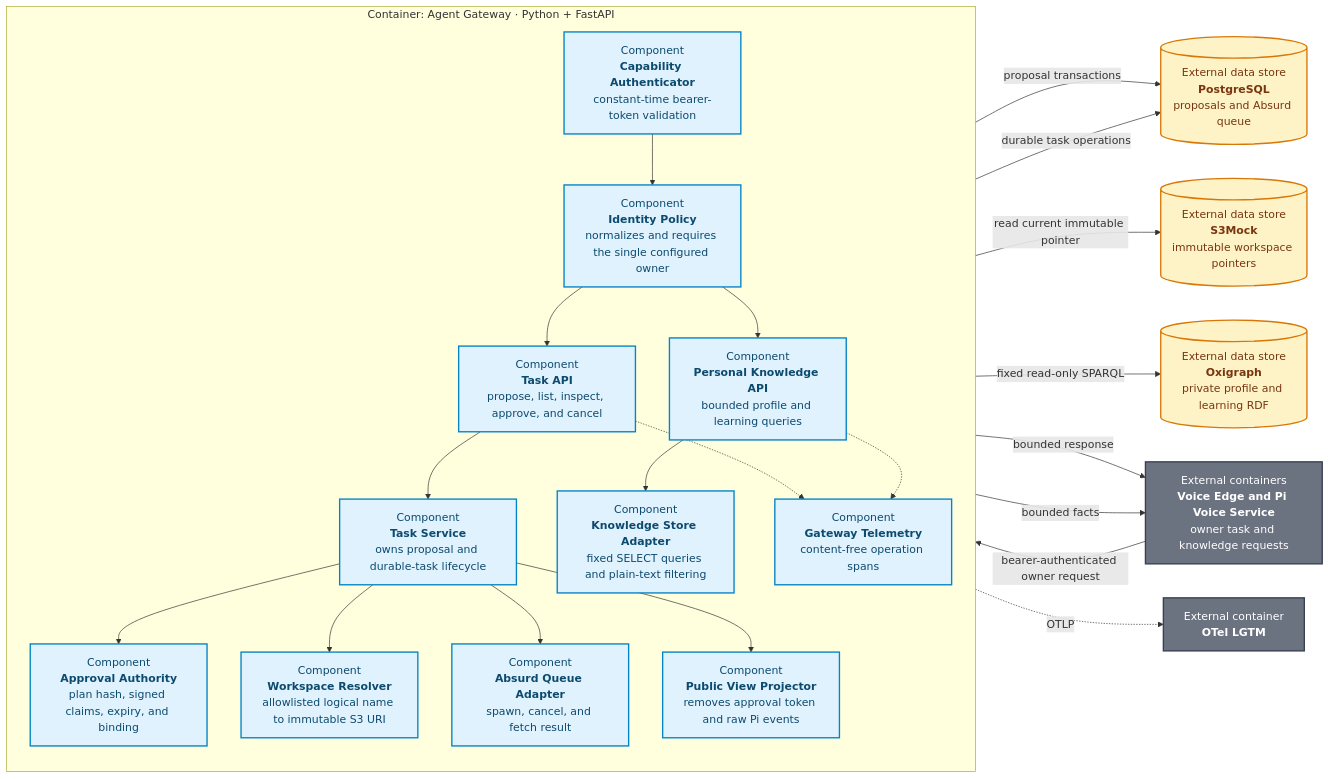
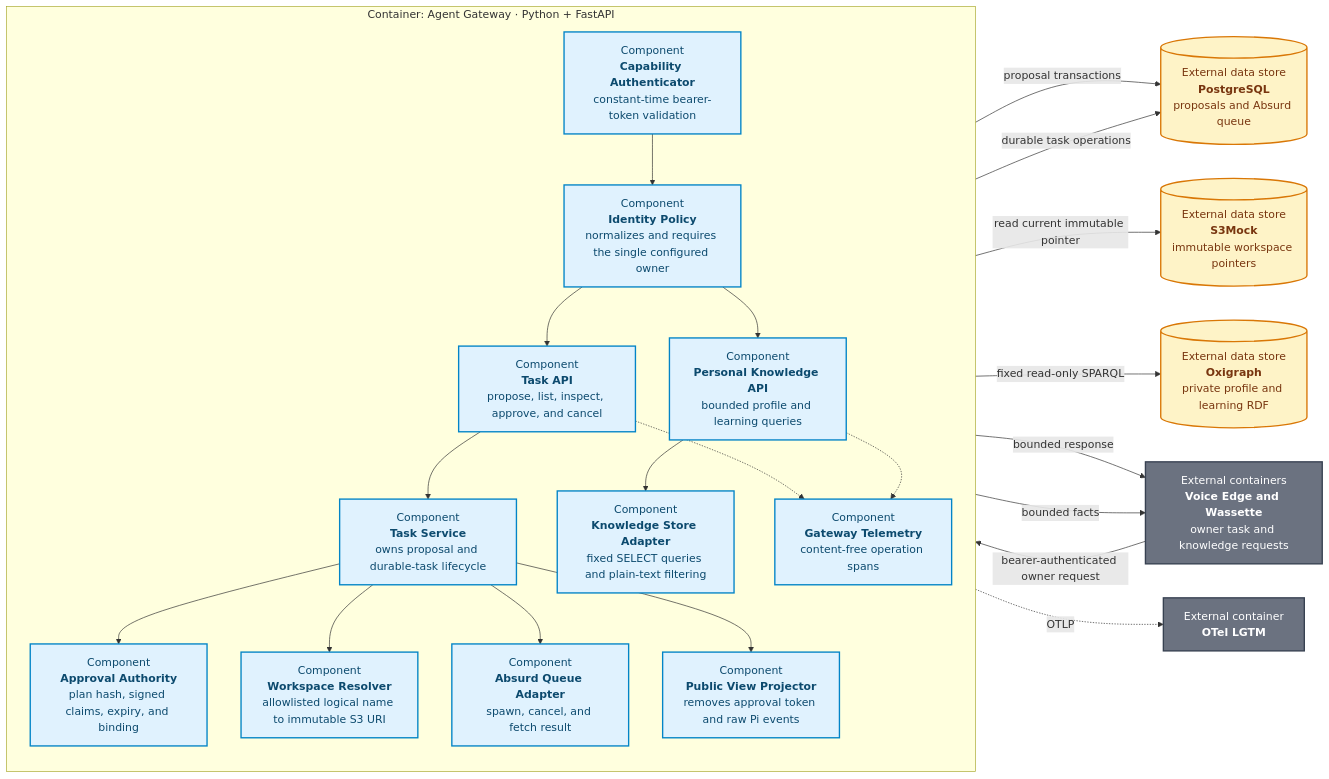
The diagram in products/voice-agent/docs/architecture/c3-agent-gateway.mmd (ragavsathish/agent-workload-platform), drawn with Mermaid before and after one commit. The commit also changed 67 other files, not shown here.

Commit message:
feat(voice): add digital twin knowledge and Grafana MCP apps

```diff
--- a/products/voice-agent/docs/architecture/c3-agent-gateway.mmd
+++ b/products/voice-agent/docs/architecture/c3-agent-gateway.mmd
@@ -1,46 +1,46 @@
 flowchart LR
-    CALLERS[External containers<br/><b>Voice Edge and Pi Voice Service</b><br/>owner task and knowledge requests]
+    CALLERS[External containers<br/><b>Voice Edge and Wassette</b><br/>owner task and knowledge requests]
     DB[(External data store<br/><b>PostgreSQL</b><br/>proposals and Absurd queue)]
     S3[(External data store<br/><b>S3Mock</b><br/>immutable workspace pointers)]
     OXIGRAPH[(External data store<br/><b>Oxigraph</b><br/>private profile and learning RDF)]
     OTEL[External container<br/><b>OTel LGTM</b>]
 
     subgraph GATEWAY["Container: Agent Gateway · Python + FastAPI"]
         direction TB
         AUTH["Component<br/><b>Capability Authenticator</b><br/>constant-time bearer-token validation"]
         IDENTITY["Component<br/><b>Identity Policy</b><br/>normalizes and requires the single configured owner"]
         API["Component<br/><b>Task API</b><br/>propose, list, inspect, approve, and cancel"]
         KNOWLEDGE["Component<br/><b>Personal Knowledge API</b><br/>bounded profile and learning queries"]
         SPARQL["Component<br/><b>Knowledge Store Adapter</b><br/>fixed SELECT queries and plain-text filtering"]
         SERVICE["Component<br/><b>Task Service</b><br/>owns proposal and durable-task lifecycle"]
         APPROVAL["Component<br/><b>Approval Authority</b><br/>plan hash, signed claims, expiry, and binding"]
         WORKSPACE["Component<br/><b>Workspace Resolver</b><br/>allowlisted logical name to immutable S3 URI"]
         QUEUE["Component<br/><b>Absurd Queue Adapter</b><br/>spawn, cancel, and fetch result"]
         VIEW["Component<br/><b>Public View Projector</b><br/>removes approval token and raw Pi events"]
         TELEMETRY["Component<br/><b>Gateway Telemetry</b><br/>content-free operation spans"]
 
         AUTH --> IDENTITY --> API --> SERVICE
         IDENTITY --> KNOWLEDGE --> SPARQL
         SERVICE --> APPROVAL
         SERVICE --> WORKSPACE
         SERVICE --> QUEUE
         SERVICE --> VIEW
         API -.-> TELEMETRY
         KNOWLEDGE -.-> TELEMETRY
     end
 
     CALLERS -->|"bearer-authenticated owner request"| AUTH
     SERVICE -->|"proposal transactions"| DB
     QUEUE -->|"durable task operations"| DB
     WORKSPACE -->|"read current immutable pointer"| S3
     SPARQL -->|"fixed read-only SPARQL"| OXIGRAPH
     VIEW -->|"bounded response"| CALLERS
     KNOWLEDGE -->|"bounded facts"| CALLERS
     TELEMETRY -.->|"OTLP"| OTEL
 
     classDef component fill:#e0f2fe,color:#0c4a6e,stroke:#0284c7,stroke-width:2px;
     classDef external fill:#6b7280,color:#fff,stroke:#374151,stroke-width:2px;
     classDef data fill:#fef3c7,color:#78350f,stroke:#d97706,stroke-width:2px;
     class AUTH,IDENTITY,API,KNOWLEDGE,SPARQL,SERVICE,APPROVAL,WORKSPACE,QUEUE,VIEW,TELEMETRY component;
     class CALLERS,OTEL external;
     class DB,S3,OXIGRAPH data;
```
